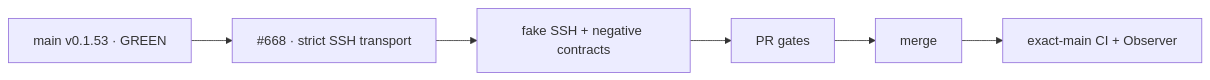
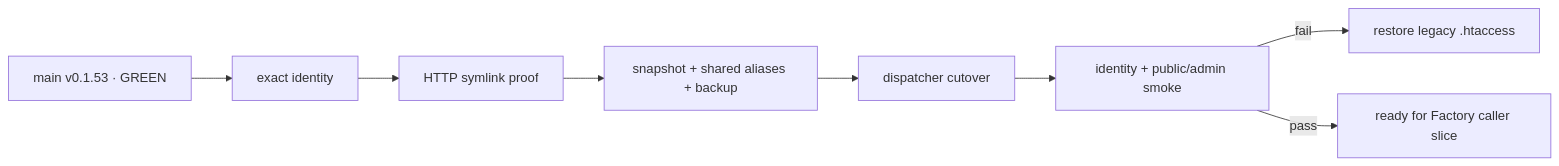
The diagram in README.md (pl0n3r/brvtal), drawn with Mermaid before and after one commit. The commit also changed other lines of this file and 3 other files, not shown here.

First line of the commit message:
feat(factory): reversible Hostinger bootstrap before cutover (#671)

````diff
--- a/README.md
+++ b/README.md
@@ -53,8 +57,10 @@
 ```mermaid
 flowchart LR
-  B["main v0.1.53 · GREEN"] --> T["#668 · strict SSH transport"]
-  T --> F["fake SSH + negative contracts"]
-  F --> P["PR gates"]
-  P --> M["merge"]
-  M --> V["exact-main CI + Observer"]
+  B["main v0.1.53 · GREEN"] --> I["exact identity"]
+  I --> S["HTTP symlink proof"]
+  S --> P["snapshot + shared aliases + backup"]
+  P --> C["dispatcher cutover"]
+  C --> V["identity + public/admin smoke"]
+  V -->|fail| R["restore legacy .htaccess"]
+  V -->|pass| M["ready for Factory caller slice"]
 ```
````
